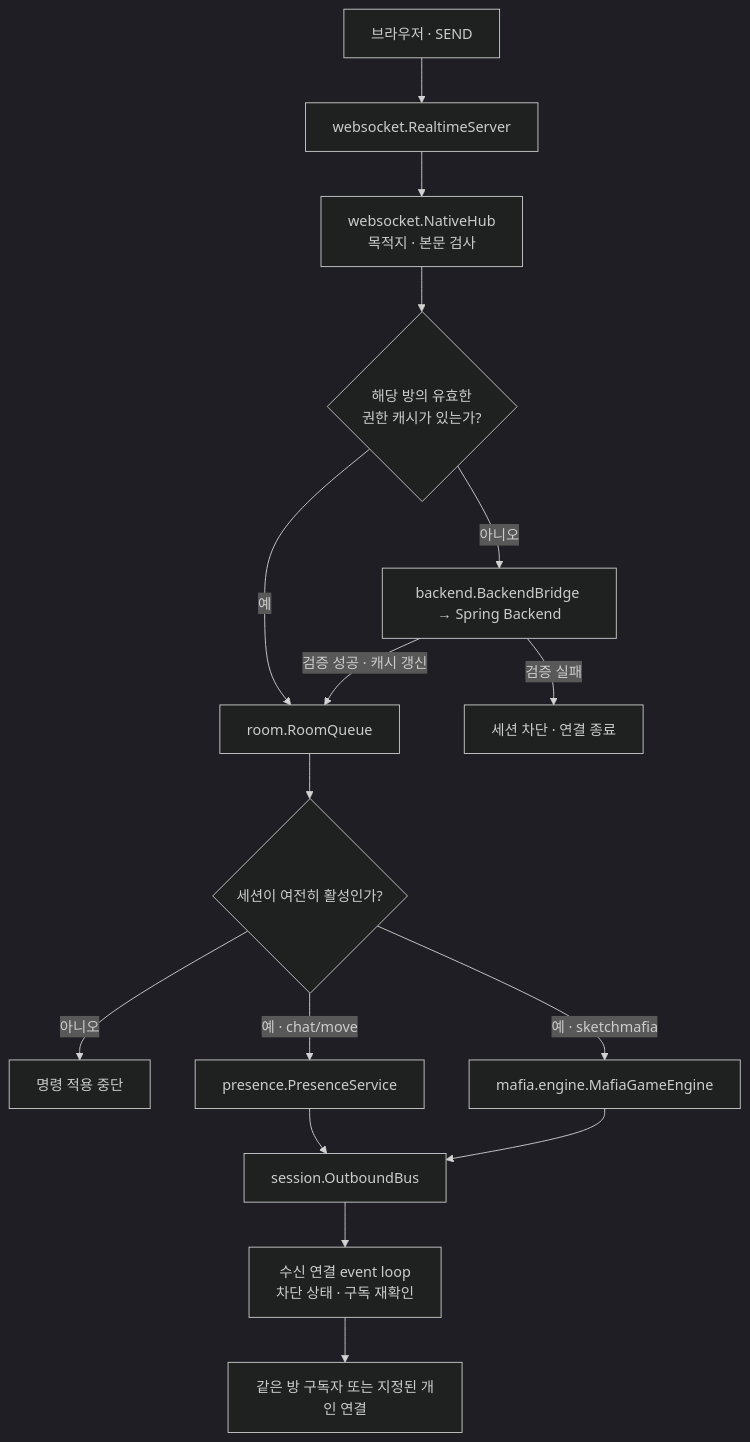
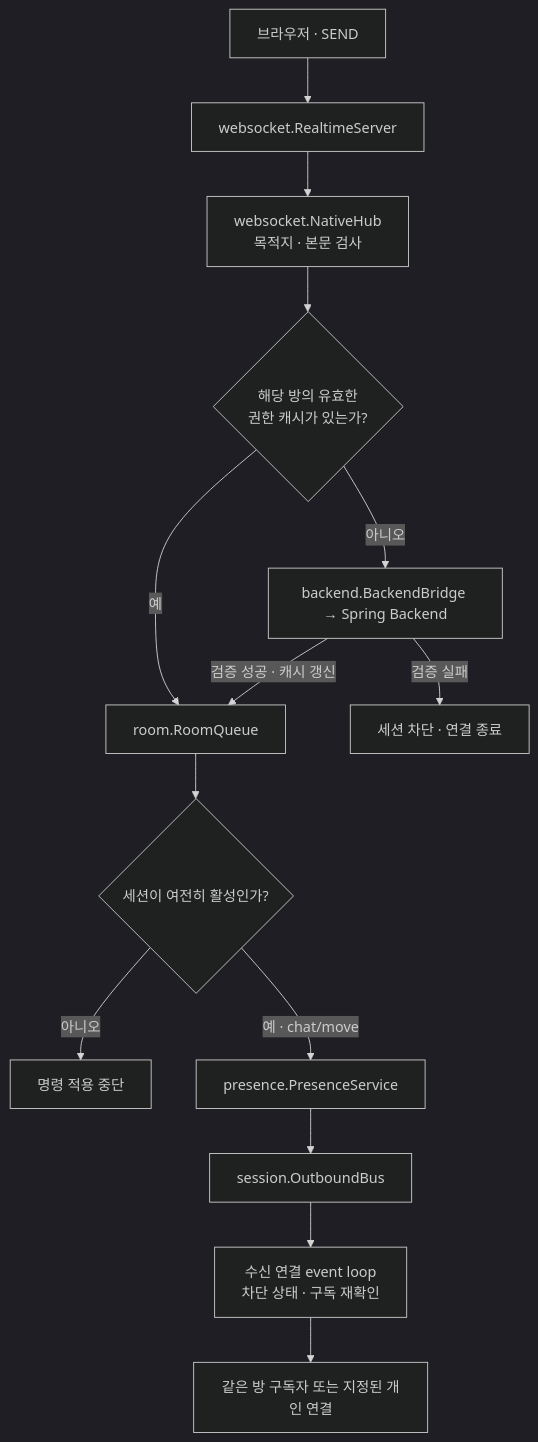
The third of 6 diagrams in docs/request-flows.md (Woom-s-Land/wooms-socket), drawn with Mermaid (dark theme) before and after one commit. The commit also changed other lines of this file and 29 other files, not shown here.

First line of the commit message:
refactor: remove mafia game from Netty migration scope

````diff
--- a/docs/request-flows.md
+++ b/docs/request-flows.md
@@ -109,18 +104,16 @@
 ```mermaid
 flowchart TD
     C["브라우저 · SEND"] --> W["websocket.RealtimeServer"]
     W --> H["websocket.NativeHub<br/>목적지 · 본문 검사"]
     H --> Check{"해당 방의 유효한<br/>권한 캐시가 있는가?"}
     Check -->|"예"| Q["room.RoomQueue"]
     Check -->|"아니오"| B["backend.BackendBridge → Spring Backend"]
     B -->|"검증 성공 · 캐시 갱신"| Q
     B -->|"검증 실패"| Close["세션 차단 · 연결 종료"]
     Q --> Active{"세션이 여전히 활성인가?"}
     Active -->|"아니오"| Drop["명령 적용 중단"]
     Active -->|"예 · chat/move"| P["presence.PresenceService"]
-    Active -->|"예 · sketchmafia"| M["mafia.engine.MafiaGameEngine"]
     P --> Bus["session.OutboundBus"]
-    M --> Bus
     Bus --> Loop["수신 연결 event loop<br/>차단 상태 · 구독 재확인"]
     Loop --> Receivers["같은 방 구독자 또는 지정된 개인 연결"]
 ```
````
